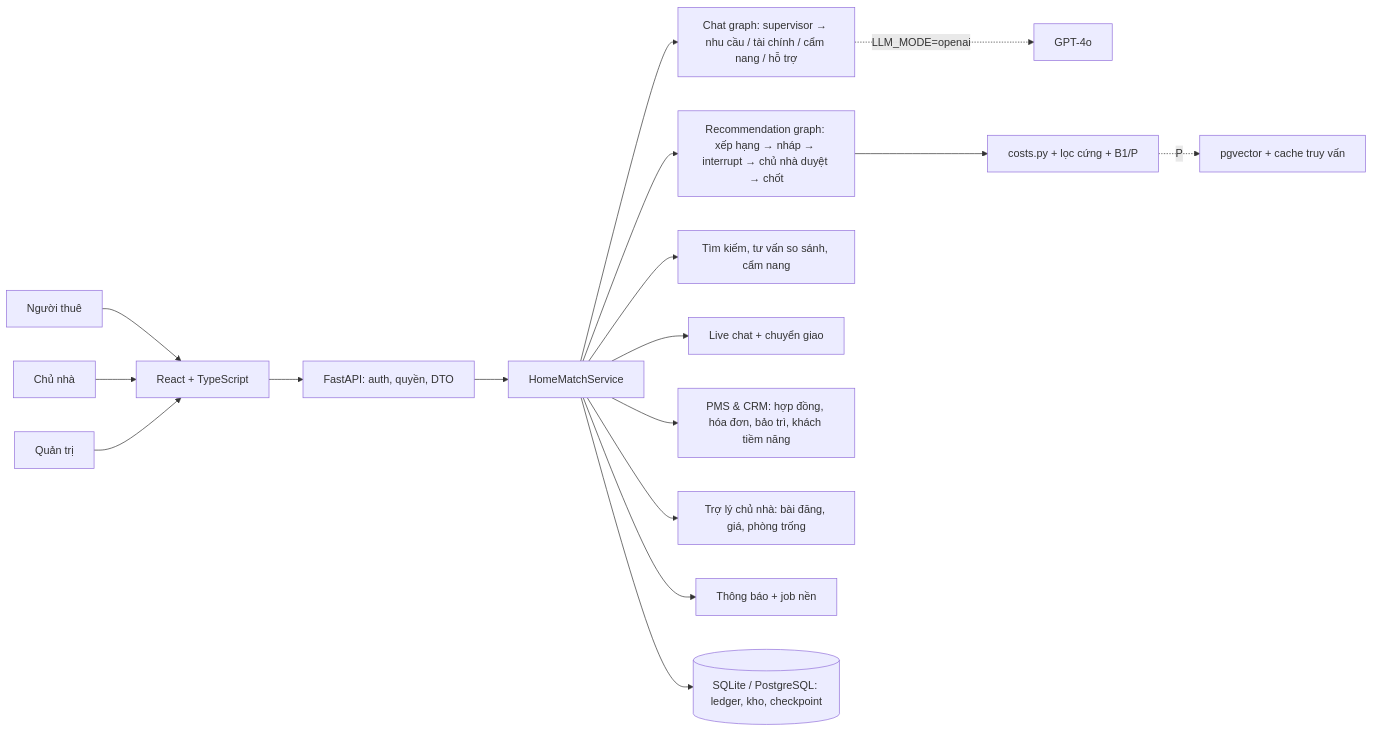
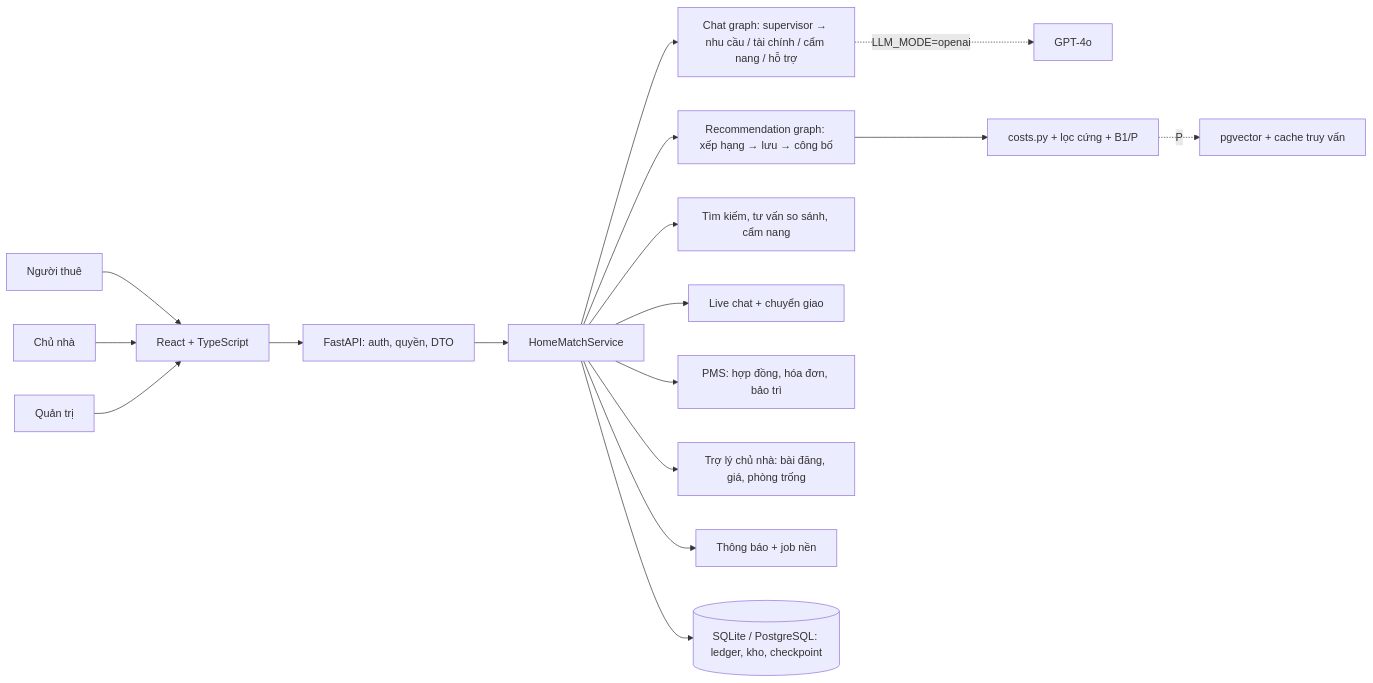
Before and after one commit to RealQuangSon/KLTN_NguyenQuangSon: the first of 2 diagrams in docs/kien-truc-trien-khai.md, drawn with Mermaid. The commit also changed other lines of this file and 288 other files, not shown here.

````diff
--- a/docs/kien-truc-trien-khai.md
+++ b/docs/kien-truc-trien-khai.md
@@ -7,19 +7,19 @@
 ```mermaid
 flowchart LR
   R[Người thuê] --> FE[React + TypeScript]
   O[Chủ nhà] --> FE
   A[Quản trị] --> FE
   FE --> API[FastAPI: auth, quyền, DTO]
   API --> S[HomeMatchService]
   S --> C[Chat graph: supervisor → nhu cầu / tài chính / cẩm nang / hỗ trợ]
-  S --> G[Recommendation graph: xếp hạng → nháp → interrupt → chủ nhà duyệt → chốt]
+  S --> G[Recommendation graph: xếp hạng → lưu → công bố]
   S --> T[Tìm kiếm, tư vấn so sánh, cẩm nang]
   S --> L[Live chat + chuyển giao]
-  S --> P[PMS & CRM: hợp đồng, hóa đơn, bảo trì, khách tiềm năng]
+  S --> P[PMS: hợp đồng, hóa đơn, bảo trì]
   S --> K[Trợ lý chủ nhà: bài đăng, giá, phòng trống]
   S --> N[Thông báo + job nền]
   C -. LLM_MODE=openai .-> GPT[GPT-4o]
   G --> F[costs.py + lọc cứng + B1/P]
   F -. P .-> V[pgvector + cache truy vấn]
   S --> DB[(SQLite / PostgreSQL: ledger, kho, checkpoint)]
 ```
````
